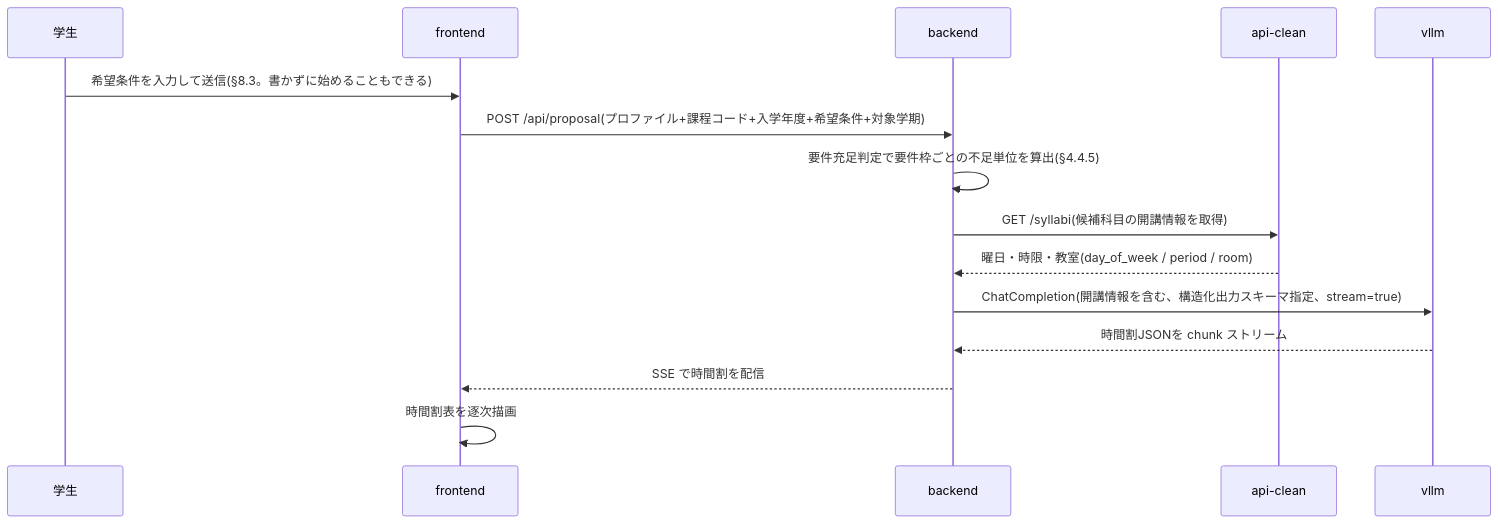
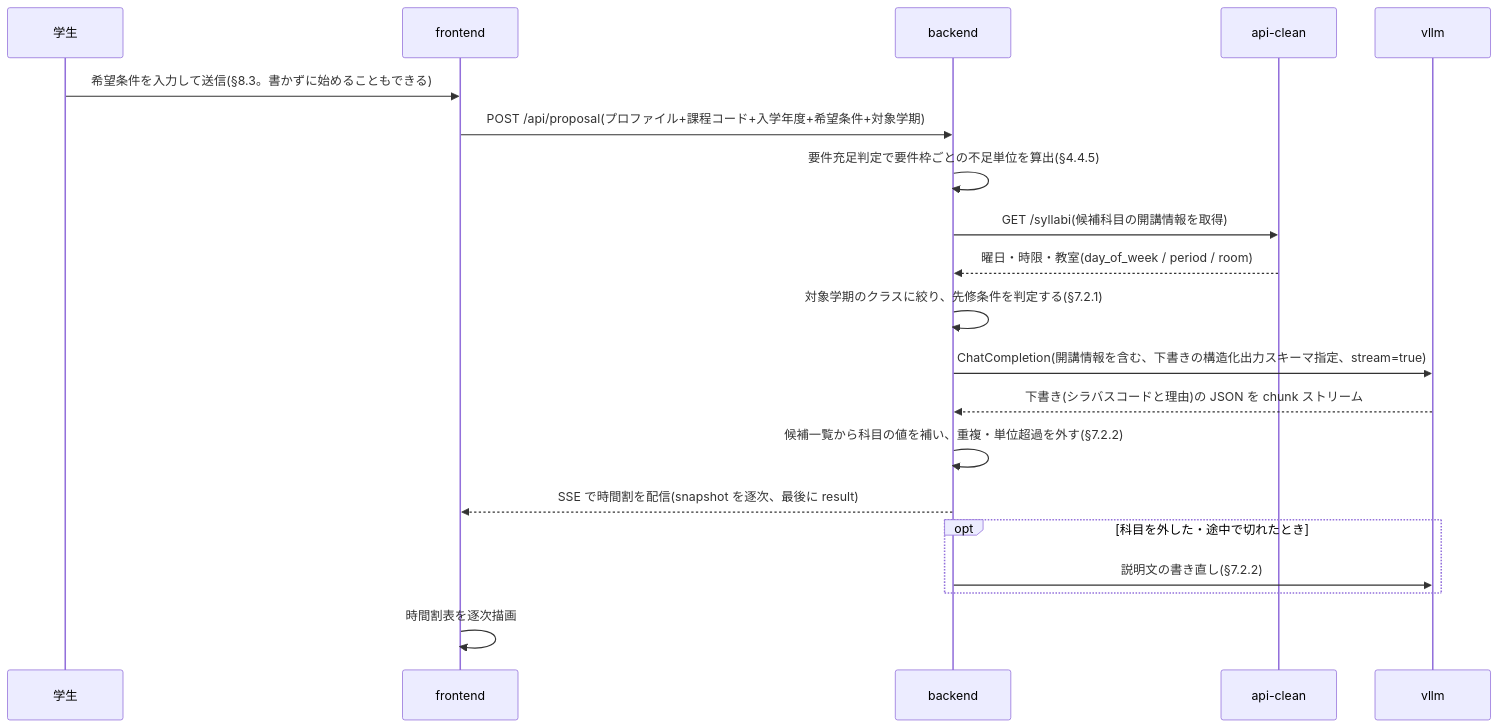
Before and after one commit to ProjectResearch2026/Syllabel: the second of 4 diagrams in docs/design/05-interfaces.md, drawn with Mermaid. The commit also changed other lines of this file and 17 other files, not shown here.

````diff
--- a/docs/design/05-interfaces.md
+++ b/docs/design/05-interfaces.md
@@ -368,17 +368,22 @@
 ```mermaid
 sequenceDiagram
   participant User as 学生
   participant FE as frontend
   participant BE as backend
   participant API as api-clean
   participant LLM as vllm
   User->>FE: 希望条件を入力して送信(§8.3。書かずに始めることもできる)
   FE->>BE: POST /api/proposal(プロファイル+課程コード+入学年度+希望条件+対象学期)
   BE->>BE: 要件充足判定で要件枠ごとの不足単位を算出(§4.4.5)
   BE->>API: GET /syllabi(候補科目の開講情報を取得)
   API-->>BE: 曜日・時限・教室(day_of_week / period / room)
-  BE->>LLM: ChatCompletion(開講情報を含む、構造化出力スキーマ指定、stream=true)
-  LLM-->>BE: 時間割JSONを chunk ストリーム
-  BE-->>FE: SSE で時間割を配信
+  BE->>BE: 対象学期のクラスに絞り、先修条件を判定する(§7.2.1)
+  BE->>LLM: ChatCompletion(開講情報を含む、下書きの構造化出力スキーマ指定、stream=true)
+  LLM-->>BE: 下書き(シラバスコードと理由)の JSON を chunk ストリーム
+  BE->>BE: 候補一覧から科目の値を補い、重複・単位超過を外す(§7.2.2)
+  BE-->>FE: SSE で時間割を配信(snapshot を逐次、最後に result)
+  opt 科目を外した・途中で切れたとき
+    BE->>LLM: 説明文の書き直し(§7.2.2)
+  end
   FE->>FE: 時間割表を逐次描画
 ```
````
